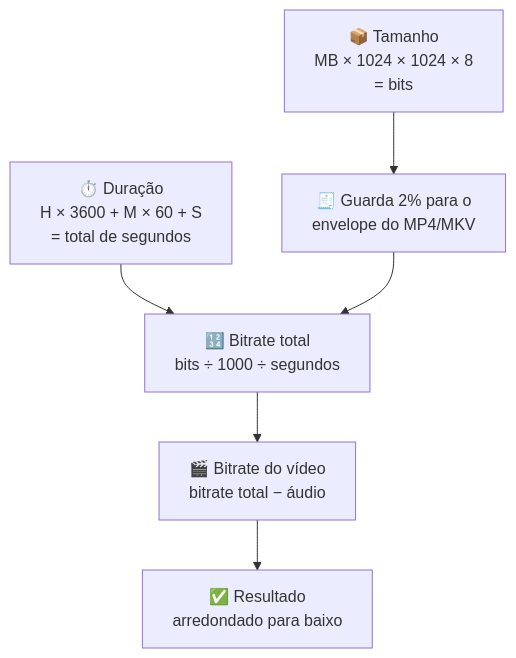
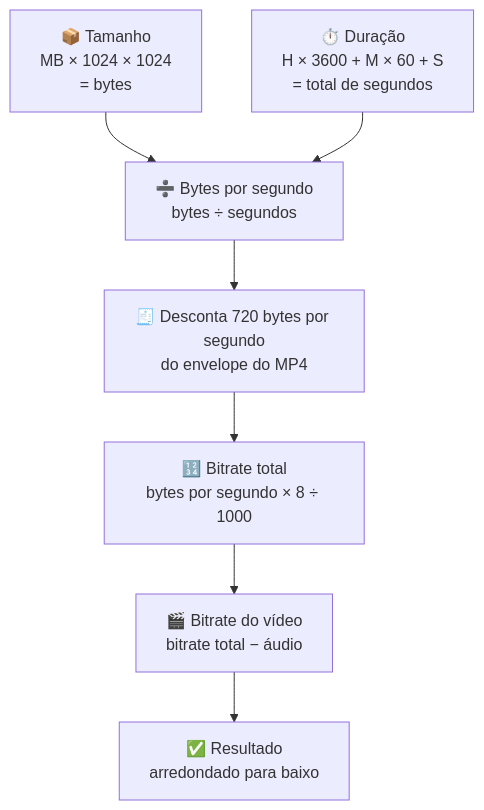
The third of 4 diagrams in README.md (guvon1982/calculadora-de-bitrate), drawn with Mermaid before and after one commit. The commit also changed other lines of this file and 4 other files, not shown here.

First line of the commit message:
Corrige o envelope do MP4: desconto fixo por segundo, não 2%

````diff
--- a/README.md
+++ b/README.md
@@ -258,10 +258,11 @@
 ```mermaid
 flowchart TD
     T["⏱️ Duração<br/>H × 3600 + M × 60 + S<br/>= total de segundos"]
-    S["📦 Tamanho<br/>MB × 1024 × 1024 × 8<br/>= bits"]
-    S --> F["🧾 Guarda 2% para o<br/>envelope do MP4/MKV"]
-    T --> B
-    F --> B["🔢 Bitrate total<br/>bits ÷ 1000 ÷ segundos"]
+    S["📦 Tamanho<br/>MB × 1024 × 1024<br/>= bytes"]
+    S --> P["➗ Bytes por segundo<br/>bytes ÷ segundos"]
+    T --> P
+    P --> F["🧾 Desconta 720 bytes por segundo<br/>do envelope do MP4"]
+    F --> B["🔢 Bitrate total<br/>bytes por segundo × 8 ÷ 1000"]
     B --> V["🎬 Bitrate do vídeo<br/>bitrate total − áudio"]
     V --> R["✅ Resultado<br/>arredondado para baixo"]
 ```
````
